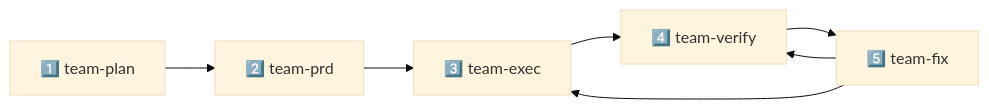
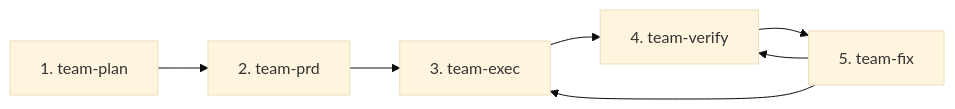
Before and after one commit to chenzhenyang/chenzhenyang.github.io: the diagram in source/_posts/oh_my_claudecode_文档.md, drawn with Mermaid (base theme).

Commit message:
fix: 移除 Mermaid 代码中的 emoji（导致语法错误）

```diff
--- a/source/_posts/oh_my_claudecode_文档.md
+++ b/source/_posts/oh_my_claudecode_文档.md
@@ -155,9 +155,9 @@
 <div class="mermaid">
 graph LR
-    A["1️⃣ team-plan"] --> B["2️⃣ team-prd"]
-    B --> C["3️⃣ team-exec"]
-    C --> D["4️⃣ team-verify"]
-    D --> E["5️⃣ team-fix"]
+    A["1. team-plan"] --> B["2. team-prd"]
+    B --> C["3. team-exec"]
+    C --> D["4. team-verify"]
+    D --> E["5. team-fix"]
     E --> C
     E --> D
 </div>
```
